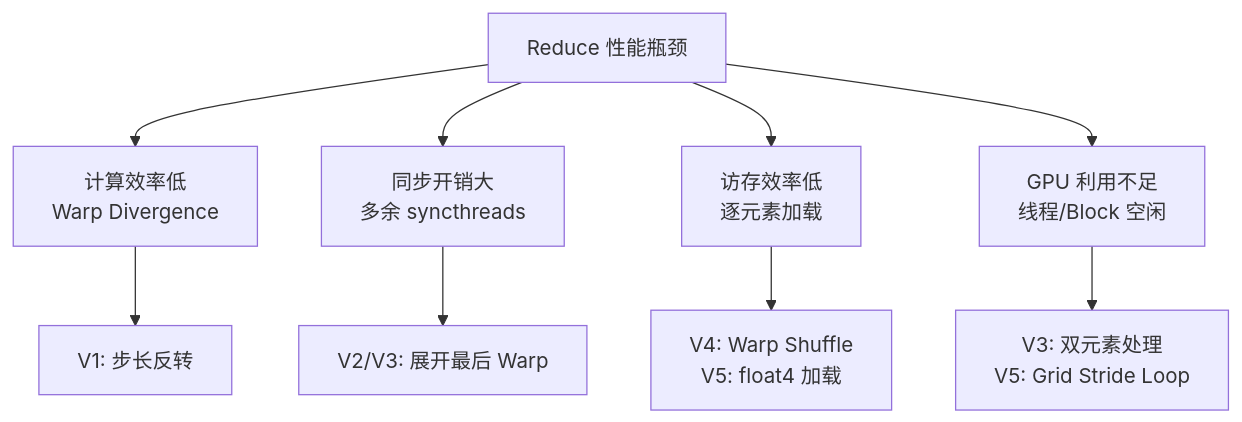
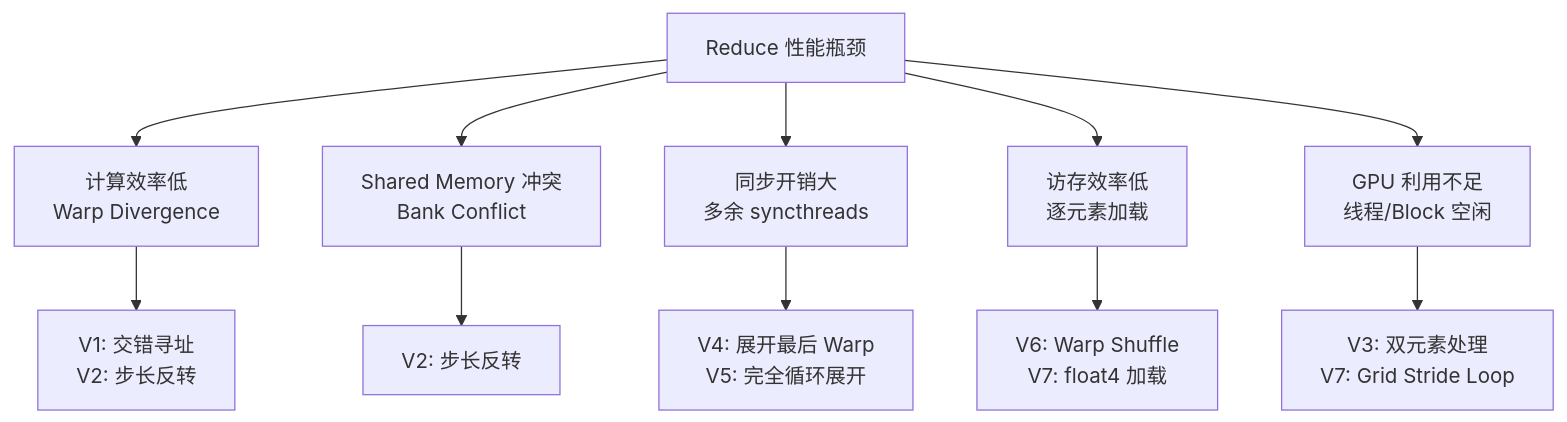
The second of 2 diagrams in source/_posts/AI Infra/CUDA编程/2-CUDA编程进阶/CUDA Reduce算子优化.md (zhengshengning/zhengshengning.github.io), drawn with Mermaid before and after one commit. The commit also changed other lines of this file and 18 other files, not shown here.

```diff
--- a/source/_posts/AI Infra/CUDA编程/2-CUDA编程进阶/CUDA Reduce算子优化.md
+++ b/source/_posts/AI Infra/CUDA编程/2-CUDA编程进阶/CUDA Reduce算子优化.md
@@ -515,10 +650,12 @@
 {% mermaid graph TD %}
-    A["Reduce 性能瓶颈"] --> B["计算效率低\nWarp Divergence"]
-    A --> C["同步开销大\n多余 syncthreads"]
-    A --> D["访存效率低\n逐元素加载"]
-    A --> E["GPU 利用不足\n线程/Block 空闲"]
-    B --> F["V1: 步长反转"]
-    C --> G["V2/V3: 展开最后 Warp"]
-    D --> H["V4: Warp Shuffle\nV5: float4 加载"]
-    E --> I["V3: 双元素处理\nV5: Grid Stride Loop"]
+    A["Reduce 性能瓶颈"] --> B["计算效率低<br>Warp Divergence"]
+    A --> B2["Shared Memory 冲突<br>Bank Conflict"]
+    A --> C["同步开销大<br>多余 syncthreads"]
+    A --> D["访存效率低<br>逐元素加载"]
+    A --> E["GPU 利用不足<br>线程/Block 空闲"]
+    B --> F["V1: 交错寻址<br>V2: 步长反转"]
+    B2 --> F2["V2: 步长反转"]
+    C --> G["V4: 展开最后 Warp<br>V5: 完全循环展开"]
+    D --> H["V6: Warp Shuffle<br>V7: float4 加载"]
+    E --> I["V3: 双元素处理<br>V7: Grid Stride Loop"]
 {% endmermaid %}
```
